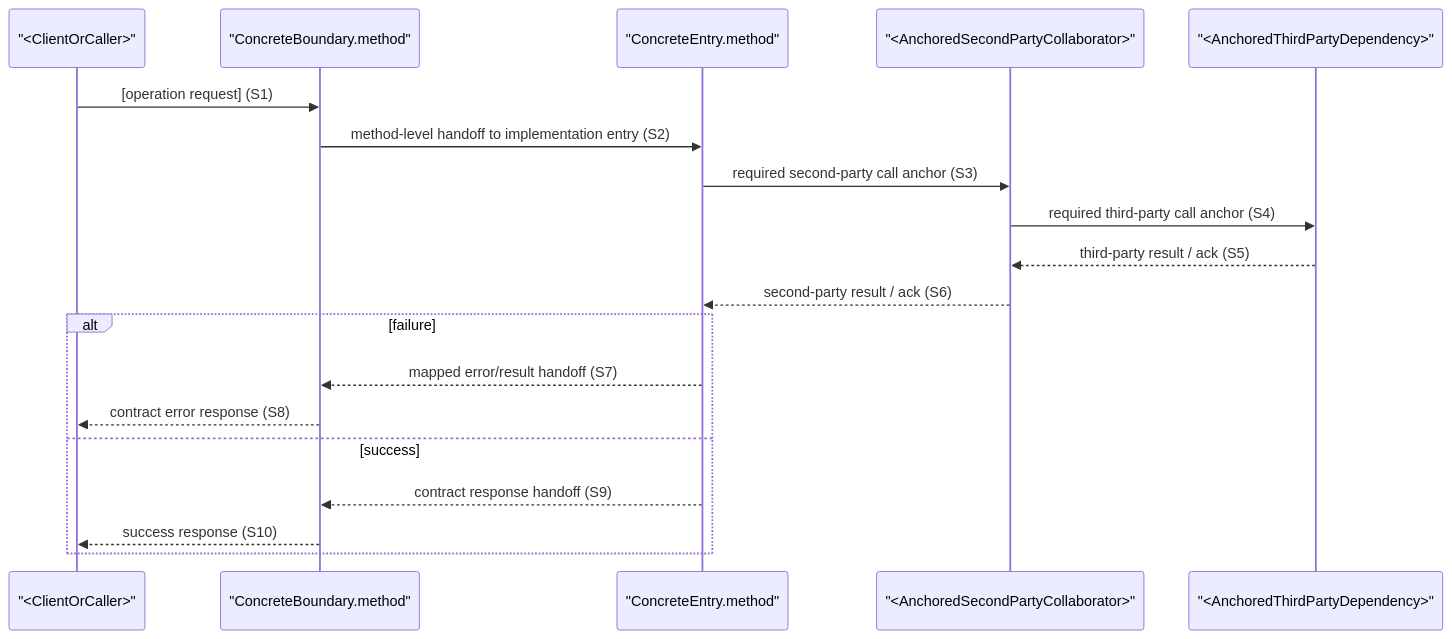
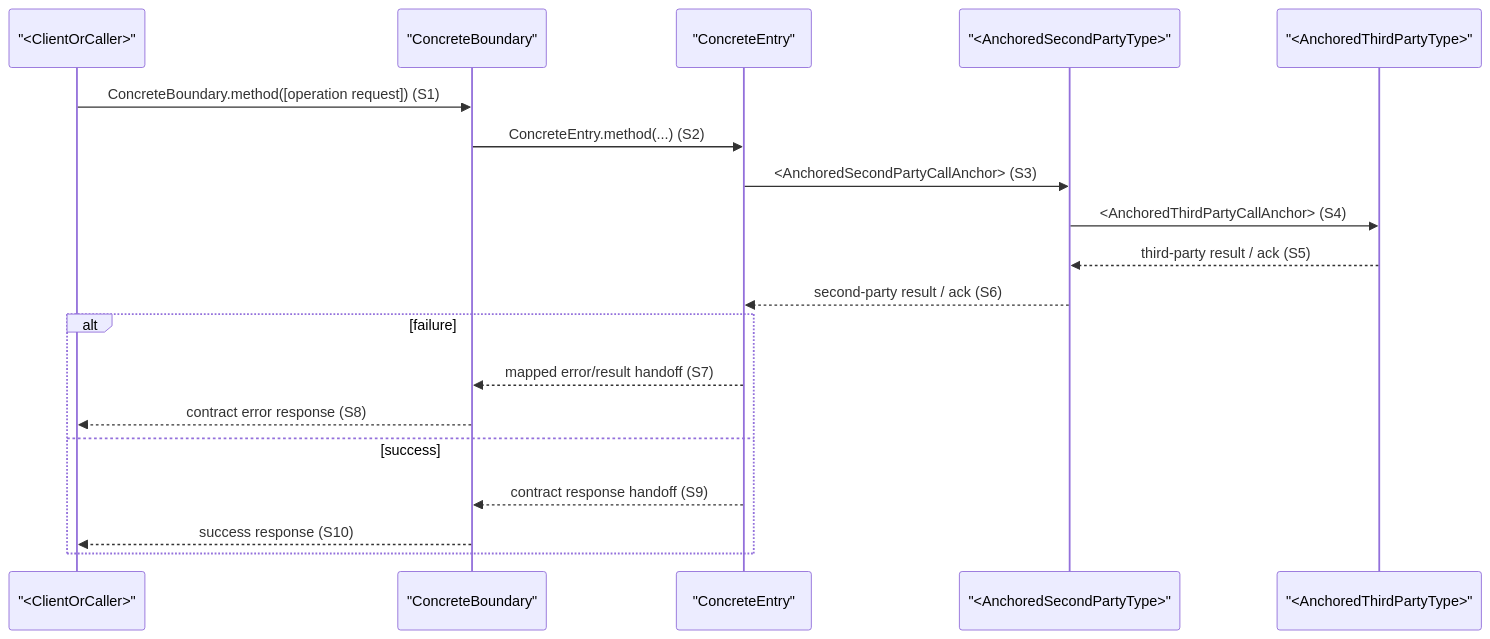
The fourth of 6 diagrams in templates/contract-template.md (bigsmartben/sdd), drawn with Mermaid before and after one commit. The commit also changed other lines of this file and 9 other files, not shown here.

````diff
--- a/templates/contract-template.md
+++ b/templates/contract-template.md
@@ -261,22 +262,22 @@
 ```mermaid
 sequenceDiagram
     participant Initiator as "<ClientOrCaller>"
-    participant Boundary as "ConcreteBoundary.method"
-    participant Entry as "ConcreteEntry.method"
-    participant SecondParty as "<AnchoredSecondPartyCollaborator>"
-    participant ThirdParty as "<AnchoredThirdPartyDependency>"
+    participant Boundary as "ConcreteBoundary"
+    participant Entry as "ConcreteEntry"
+    participant SecondParty as "<AnchoredSecondPartyType>"
+    participant ThirdParty as "<AnchoredThirdPartyType>"
 
-    Initiator->>Boundary: [operation request] (S1)
-    Boundary->>Entry: method-level handoff to implementation entry (S2)
-    Entry->>SecondParty: required second-party call anchor (S3)
-    SecondParty->>ThirdParty: required third-party call anchor (S4)
+    Initiator->>Boundary: ConcreteBoundary.method([operation request]) (S1)
+    Boundary->>Entry: ConcreteEntry.method(...) (S2)
+    Entry->>SecondParty: <AnchoredSecondPartyCallAnchor> (S3)
+    SecondParty->>ThirdParty: <AnchoredThirdPartyCallAnchor> (S4)
     ThirdParty-->>SecondParty: third-party result / ack (S5)
     SecondParty-->>Entry: second-party result / ack (S6)
     alt failure
         Entry-->>Boundary: mapped error/result handoff (S7)
         Boundary-->>Initiator: contract error response (S8)
     else success
         Entry-->>Boundary: contract response handoff (S9)
         Boundary-->>Initiator: success response (S10)
     end
 ```
````
